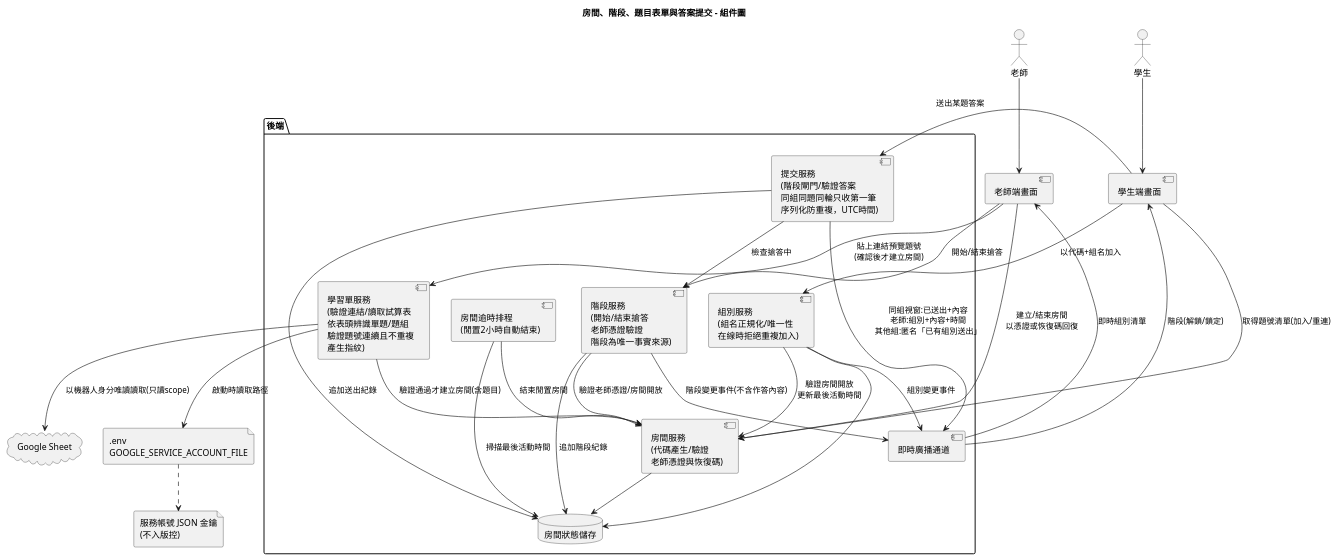
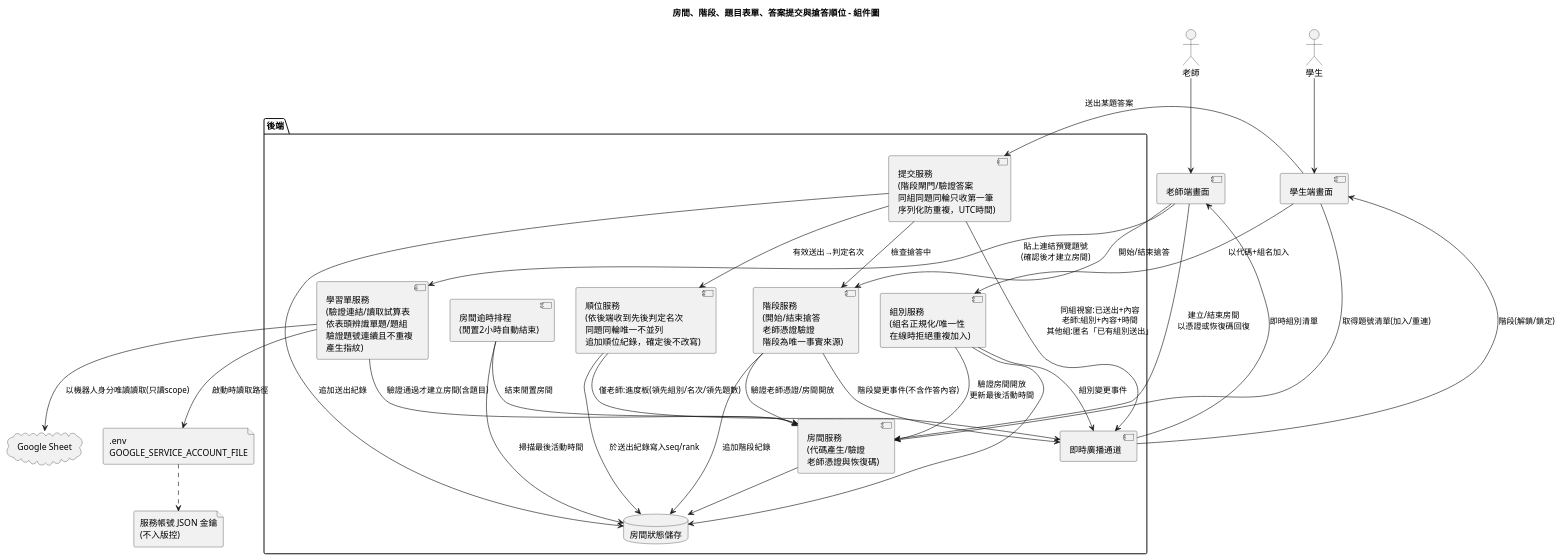
One commit to lin900822/ncu-se-final changed the diagram in diagrams/component.puml. Above: the diagram before and after it, drawn with PlantUML. The commit also changed 27 other files, not shown here.

```diff
--- a/diagrams/component.puml
+++ b/diagrams/component.puml
@@ -1,46 +1,50 @@
 @startuml component
-title 房間、階段、題目表單與答案提交 - 組件圖
+title 房間、階段、題目表單、答案提交與搶答順位 - 組件圖
 actor 老師
 actor 學生
 component "老師端畫面" as TUI
 component "學生端畫面" as SUI
 package "後端" {
   component "房間服務\n(代碼產生/驗證\n老師憑證與恢復碼)" as RoomSvc
   component "組別服務\n(組名正規化/唯一性\n在線時拒絕重複加入)" as GroupSvc
   component "學習單服務\n(驗證連結/讀取試算表\n依表頭辨識單題/題組\n驗證題號連續且不重複\n產生指紋)" as SheetSvc
   component "提交服務\n(階段閘門/驗證答案\n同組同題同輪只收第一筆\n序列化防重複，UTC時間)" as SubmitSvc
+  component "順位服務\n(依後端收到先後判定名次\n同題同輪唯一不並列\n追加順位紀錄，確定後不改寫)" as RankSvc
   component "階段服務\n(開始/結束搶答\n老師憑證驗證\n階段為唯一事實來源)" as PhaseSvc
   component "房間逾時排程\n(閒置2小時自動結束)" as Expiry
   component "即時廣播通道" as Realtime
   database "房間狀態儲存" as Store
 }
 file ".env\nGOOGLE_SERVICE_ACCOUNT_FILE" as Env
 file "服務帳號 JSON 金鑰\n(不入版控)" as Key
 cloud "Google Sheet" as Sheets
 老師 --> TUI
 學生 --> SUI
 TUI --> SheetSvc : 貼上連結預覽題號\n(確認後才建立房間)
 SheetSvc --> RoomSvc : 驗證通過才建立房間(含題目)
 SheetSvc --> Env : 啟動時讀取路徑
 Env ..> Key
 SheetSvc --> Sheets : 以機器人身分唯讀讀取(只讀scope)
 SUI --> RoomSvc : 取得題號清單(加入/重連)
 SUI --> SubmitSvc : 送出某題答案
 SubmitSvc --> PhaseSvc : 檢查搶答中
 SubmitSvc --> Store : 追加送出紀錄
+SubmitSvc --> RankSvc : 有效送出→判定名次
+RankSvc --> Store : 於送出紀錄寫入seq/rank
+RankSvc --> Realtime : 僅老師:進度板(領先組別/名次/領先題數)
 SubmitSvc --> Realtime : 同組視窗:已送出+內容\n老師:組別+內容+時間\n其他組:匿名「已有組別送出」
 TUI --> PhaseSvc : 開始/結束搶答
 PhaseSvc --> RoomSvc : 驗證老師憑證/房間開放
 PhaseSvc --> Store : 追加階段紀錄
 PhaseSvc --> Realtime : 階段變更事件(不含作答內容)
 Realtime --> SUI : 階段(解鎖/鎖定)
 TUI --> RoomSvc : 建立/結束房間\n以憑證或恢復碼回復
 SUI --> GroupSvc : 以代碼+組名加入
 GroupSvc --> RoomSvc : 驗證房間開放\n更新最後活動時間
 RoomSvc --> Store
 GroupSvc --> Store
 Expiry --> RoomSvc : 結束閒置房間
 Expiry --> Store : 掃描最後活動時間
 GroupSvc --> Realtime : 組別變更事件
 Realtime --> TUI : 即時組別清單
 @enduml
```
